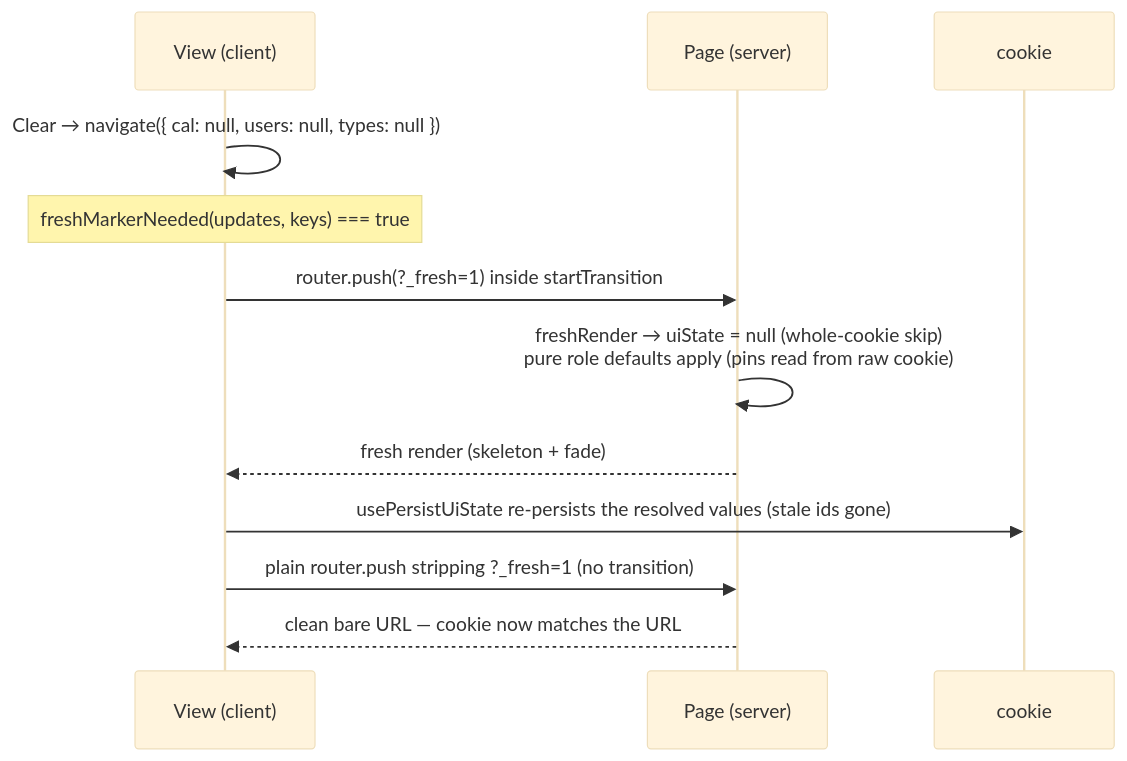
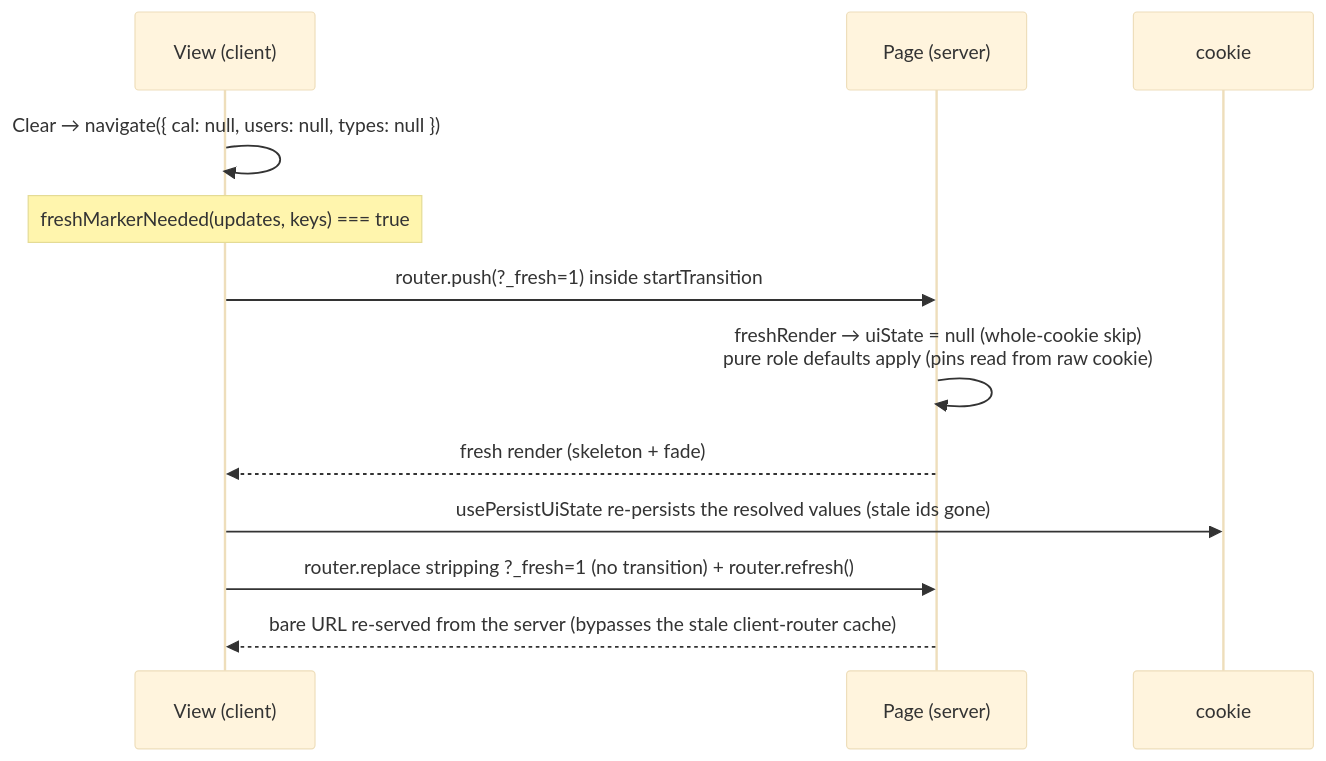
One commit to oncloudnintynineone-source/cloudy2 changed the fourth of 4 diagrams in docs/ui-state.md. Above: the diagram before and after it, drawn with Mermaid (base theme). The commit also changed other lines of this file and 5 other files, not shown here.

Commit message:
Fix Reset/Clear reverted by the stale _fresh strip (replace+refresh, like ?refresh=)

````diff
--- a/docs/ui-state.md
+++ b/docs/ui-state.md
@@ -386,14 +386,14 @@
 ```mermaid
 sequenceDiagram
     participant V as View (client)
     participant P as Page (server)
     participant C as cookie
     V->>V: Clear → navigate({ cal: null, users: null, types: null })
     Note over V: freshMarkerNeeded(updates, keys) === true
     V->>P: router.push(?_fresh=1) inside startTransition
     P->>P: freshRender → uiState = null (whole-cookie skip)<br/>pure role defaults apply (pins read from raw cookie)
     P-->>V: fresh render (skeleton + fade)
     V->>C: usePersistUiState re-persists the resolved values (stale ids gone)
-    V->>P: plain router.push stripping ?_fresh=1 (no transition)
-    P-->>V: clean bare URL — cookie now matches the URL
+    V->>P: router.replace stripping ?_fresh=1 (no transition) + router.refresh()
+    P-->>V: bare URL re-served from the server (bypasses the stale client-router cache)
 ```
````
